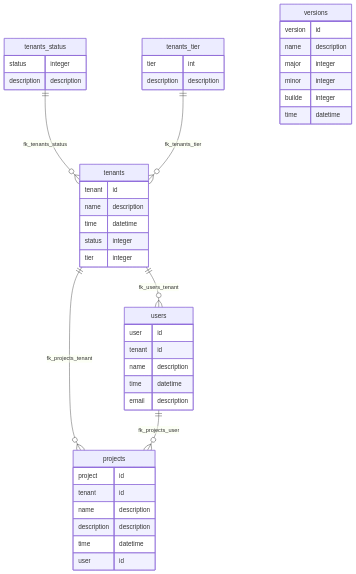
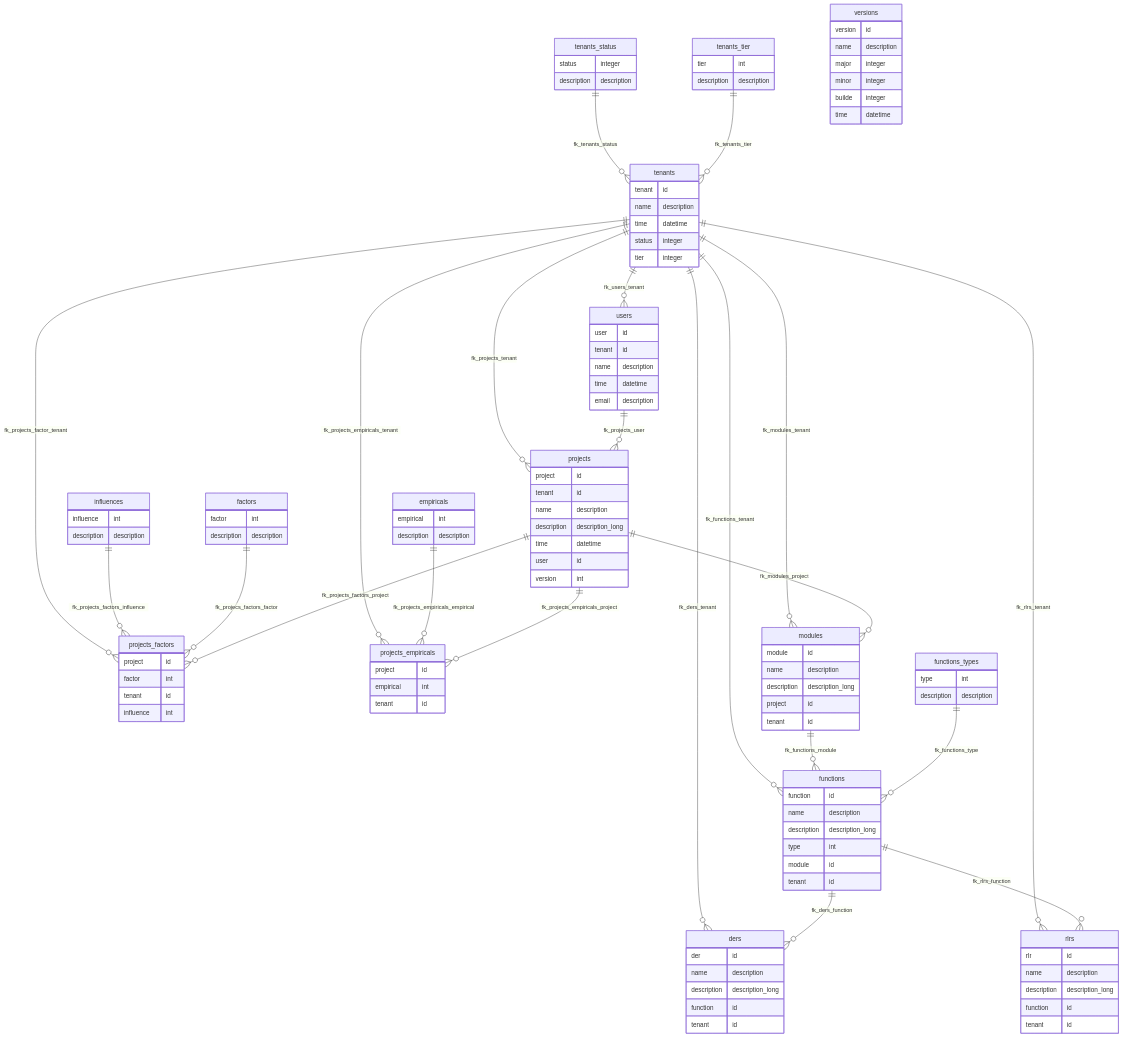
Before and after one commit to LVRodrigues/fpa-management: the diagram in database/diagram.md, drawn with Mermaid. The commit also changed 1 other file, not shown here.

````diff
--- a/database/diagram.md
+++ b/database/diagram.md
@@ -3,12 +3,33 @@
 ```mermaid
 erDiagram
-    tenants_status ||--o{ tenants: fk_tenants_status
-    tenants_tier ||--o{ tenants: fk_tenants_tier
-    tenants ||--o{ users: fk_users_tenant
+    tenants_status  ||--o{ tenants: fk_tenants_status
+    tenants_tier    ||--o{ tenants: fk_tenants_tier
+    tenants         ||--o{ users: fk_users_tenant
 
-    tenants ||--o{ projects: fk_projects_tenant
-    users ||--o{ projects: fk_projects_user
+    tenants         ||--o{ projects: fk_projects_tenant
+    tenants         ||--o{ projects_factors: fk_projects_factor_tenant
+    tenants         ||--o{ projects_empiricals: fk_projects_empiricals_tenant
+    tenants         ||--o{ modules: fk_modules_tenant
+    tenants         ||--o{ functions: fk_functions_tenant
+    tenants         ||--o{ ders: fk_ders_tenant
+    tenants         ||--o{ rlrs: fk_rlrs_tenant
 
+    users           ||--o{ projects: fk_projects_user
+
+    influences      ||--o{ projects_factors: fk_projects_factors_influence
+    factors         ||--o{ projects_factors: fk_projecs_factors_factor
+    projects        ||--o{ projects_factors: fk_projects_factors_project
+
+    empiricals      ||--o{ projects_empiricals: fk_projects_empiricals_empirical
+    projects        ||--o{ projects_empiricals: fk_projects_empiricals_project
+
+    projects        ||--o{ modules: fk_modules_project
+    modules         ||--o{ functions: fk_functions_module
+    functions       ||--o{ ders: fk_ders_function 
+    functions       ||--o{ rlrs: fk_rlrs_function
+
+    functions_types ||--o{ functions: fk_functions_type
+        
     tenants_status {
         status      integer
         description description
@@ -44,12 +65,80 @@
         time        datetime
     }
 
+    influences {
+        influence   int
+        description description        
+    }    
+
+    factors {
+        factor      int
+        description description
+    }
+
+    empiricals {
+        empirical   int
+        description description
+    } 
+
     projects {
         project     id
         tenant      id
         name        description
-        description description
+        description description_long
         time        datetime
         user        id
+        version     int
     }
+
+    projects_factors {
+        project     id
+        factor      int
+        tenant      id
+        influence   int
+    }
+
+    projects_empiricals {
+        project     id
+        empirical   int
+        tenant      id
+    }
+
+    modules {
+        module      id
+        name        description
+        description description_long
+        project     id
+        tenant      id
+    }
+
+    functions_types {
+        type        int
+        description description
+    }
+
+    functions {
+        function    id
+        name        description
+        description description_long
+        type        int
+        module      id
+        tenant      id
+    }
+
+    ders {
+        der         id
+        name        description
+        description description_long
+        function    id
+        tenant      id
+    }
+
+    rlrs {
+        rlr         id
+        name        description
+        description description_long
+        function    id
+        tenant      id
+    }
+
 ```
````
